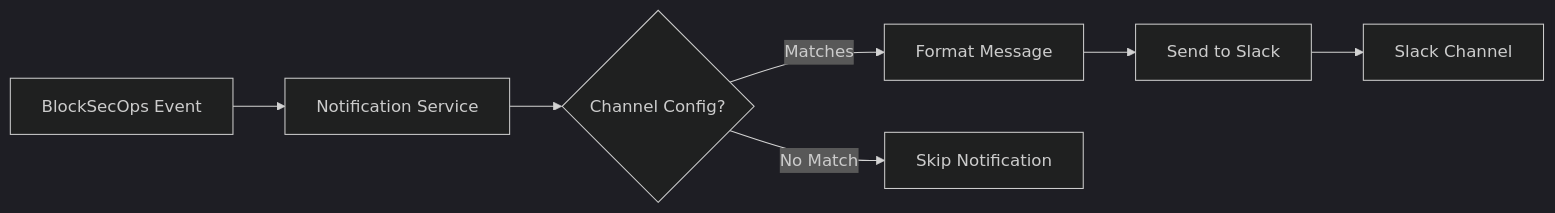
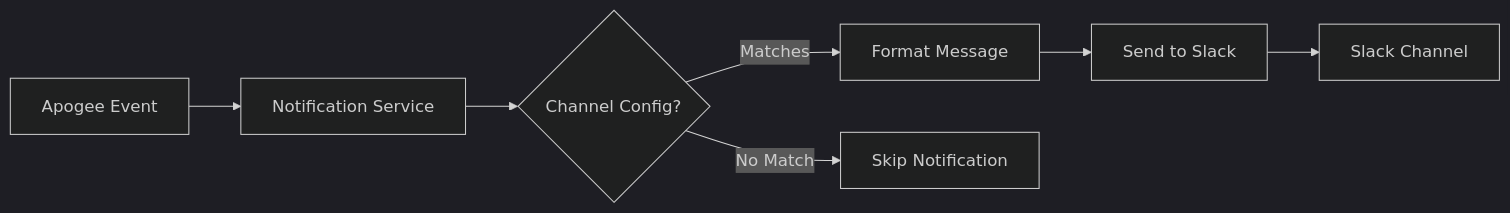
Before and after one commit to AdvancedBlockchainSecurity/docs: the diagram in playbooks/chatops-slack.md, drawn with Mermaid (dark theme). The commit also changed other lines of this file and 294 other files, not shown here.

First line of the commit message:
docs: rebrand BlockSecOps to Apogee across all documentation

````diff
--- a/playbooks/chatops-slack.md
+++ b/playbooks/chatops-slack.md
@@ -24,9 +24,9 @@
 ```mermaid
 flowchart LR
-    A[BlockSecOps Event] --> B[Notification Service]
+    A[Apogee Event] --> B[Notification Service]
     B --> C{Channel Config?}
     C -->|Matches| D[Format Message]
     D --> E[Send to Slack]
     E --> F[Slack Channel]
     C -->|No Match| G[Skip Notification]
 ```
````
